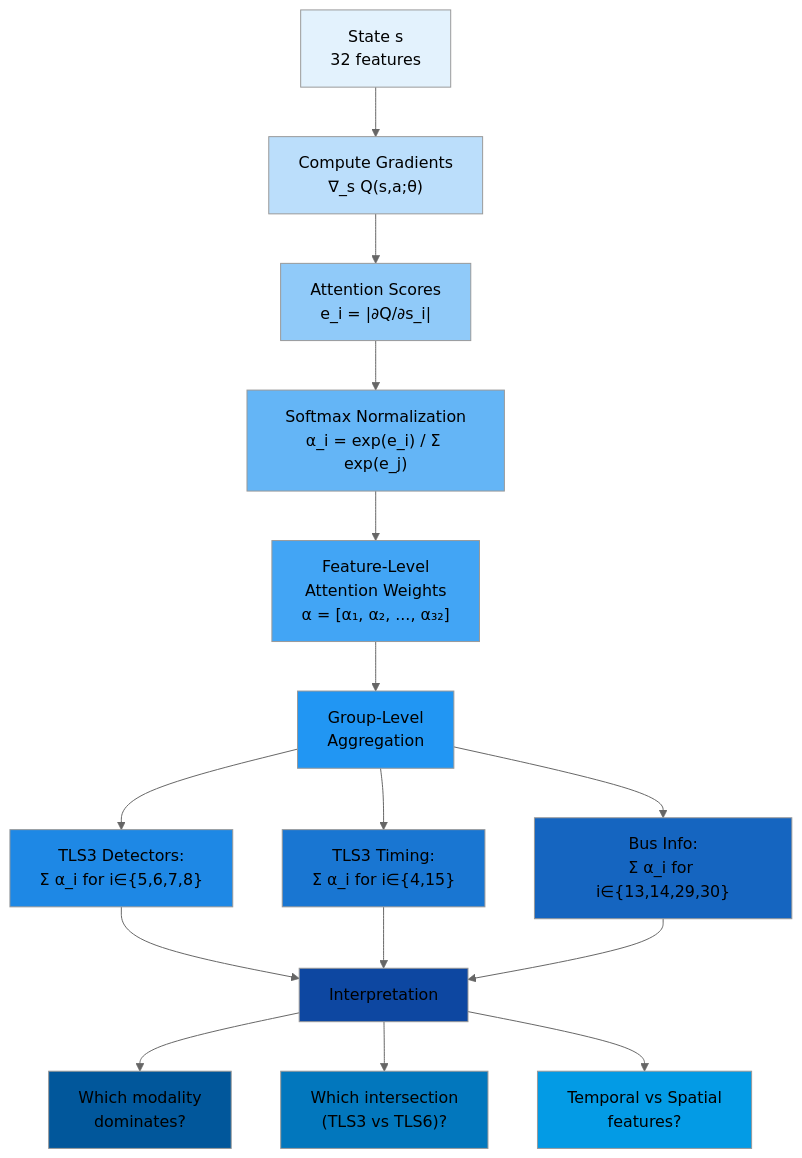
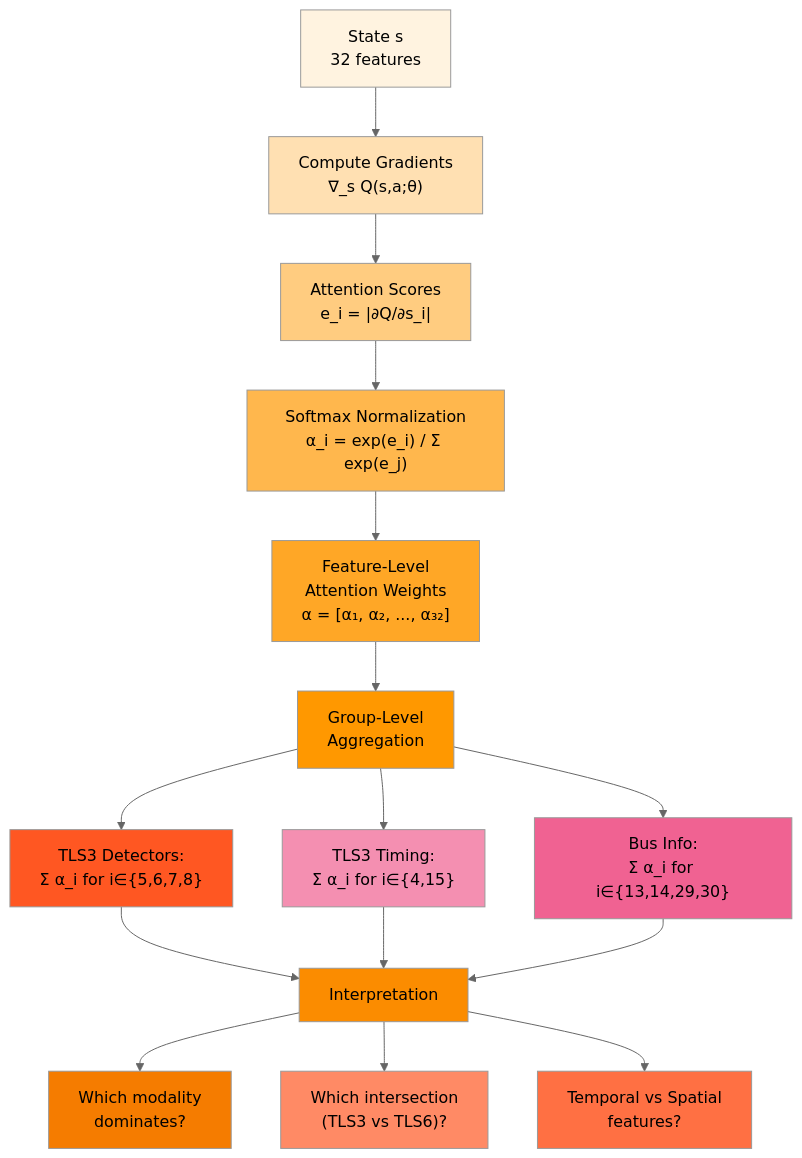
Before and after one commit to Chaklader/DPRL-Value-based-methods: the sixth of 11 diagrams in C_7.md, drawn with Mermaid (neutral theme). The commit also changed other lines of this file, not shown here.

````diff
--- a/C_7.md
+++ b/C_7.md
@@ -1315,35 +1315,35 @@
 ```mermaid
 flowchart TD
     A["State s<br>32 features"] --> B["Compute Gradients<br>∇_s Q(s,a;θ)"]
     B --> C["Attention Scores<br>e_i = |∂Q/∂s_i|"]
     C --> D["Softmax Normalization<br>α_i = exp(e_i) / Σ exp(e_j)"]
 
     D --> E["Feature-Level<br>Attention Weights<br>α = [α₁, α₂, ..., α₃₂]"]
 
     E --> F["Group-Level<br>Aggregation"]
-    F --> F1["TLS3 Detectors:<br>Σ α_i for i∈{5,6,7,8}"]
-    F --> F2["TLS3 Timing:<br>Σ α_i for i∈{4,15}"]
-    F --> F3["Bus Info:<br>Σ α_i for i∈{13,14,29,30}"]
+    F --> K["TLS3 Detectors:<br>Σ α_i for i∈{5,6,7,8}"]
+    F --> L["TLS3 Timing:<br>Σ α_i for i∈{4,15}"]
+    F --> M["Bus Info:<br>Σ α_i for i∈{13,14,29,30}"]
 
-    F1 --> G["Interpretation"]
-    F2 --> G
-    F3 --> G
+    K --> G["Interpretation"]
+    L --> G
+    M --> G
 
     G --> H["Which modality<br>dominates?"]
     G --> I["Which intersection<br>(TLS3 vs TLS6)?"]
     G --> J["Temporal vs Spatial<br>features?"]
 
-    style A fill:#E3F2FD
-    style B fill:#BBDEFB
-    style C fill:#90CAF9
-    style D fill:#64B5F6
-    style E fill:#42A5F5
-    style F fill:#2196F3
-    style F1 fill:#1E88E5
-    style F2 fill:#1976D2
-    style F3 fill:#1565C0
-    style G fill:#0D47A1
-    style H fill:#01579B
-    style I fill:#0277BD
-    style J fill:#039BE5
+style A fill:#FFF3E0
+style B fill:#FFE0B2
+style C fill:#FFCC80
+style D fill:#FFB74D
+style E fill:#FFA726
+style F fill:#FF9800
+style G fill:#FB8C00
+style H fill:#F57C00
+style I fill:#FF8A65
+style J fill:#FF7043
+style K fill:#FF5722
+style L fill:#F48FB1
+style M fill:#F06292
 ```
````
